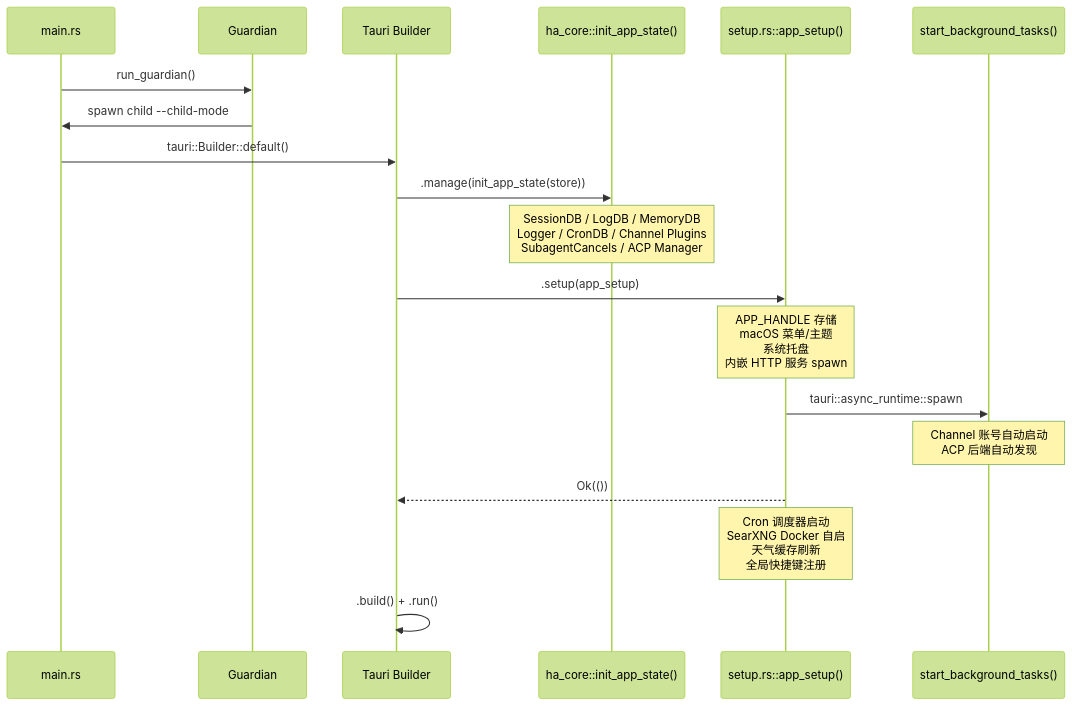
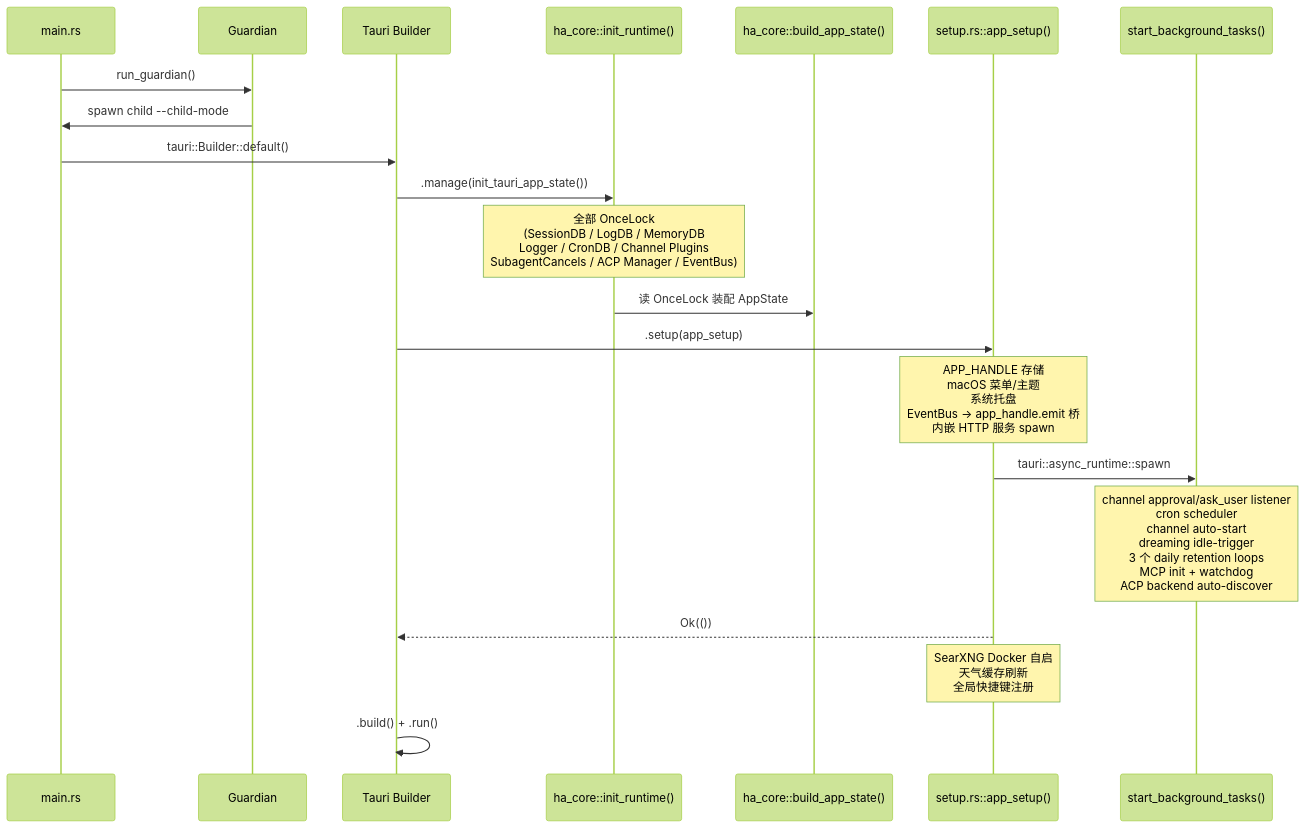
Before and after one commit to shiwenwen/hope-agent: the fifth of 9 diagrams in docs/architecture/backend-separation.md, drawn with Mermaid (forest theme). The commit also changed other lines of this file and 2 other files, not shown here.

First line of the commit message:
docs: align process-model + backend-separation with new init split

````diff
--- a/docs/architecture/backend-separation.md
+++ b/docs/architecture/backend-separation.md
@@ -286,22 +290,24 @@
 ```mermaid
 sequenceDiagram
     participant Main as main.rs
     participant Guard as Guardian
     participant Tauri as Tauri Builder
-    participant Init as ha_core::init_app_state()
+    participant Init as ha_core::init_runtime()
+    participant Build as ha_core::build_app_state()
     participant Setup as setup.rs::app_setup()
     participant BG as start_background_tasks()
 
     Main->>Guard: run_guardian()
     Guard->>Main: spawn child --child-mode
     Main->>Tauri: tauri::Builder::default()
-    Tauri->>Init: .manage(init_app_state(store))
-    Note over Init: SessionDB / LogDB / MemoryDB<br/>Logger / CronDB / Channel Plugins<br/>SubagentCancels / ACP Manager
+    Tauri->>Init: .manage(init_tauri_app_state())
+    Note over Init: 全部 OnceLock<br/>(SessionDB / LogDB / MemoryDB<br/>Logger / CronDB / Channel Plugins<br/>SubagentCancels / ACP Manager / EventBus)
+    Init->>Build: 读 OnceLock 装配 AppState
     Tauri->>Setup: .setup(app_setup)
-    Note over Setup: APP_HANDLE 存储<br/>macOS 菜单/主题<br/>系统托盘<br/>内嵌 HTTP 服务 spawn
+    Note over Setup: APP_HANDLE 存储<br/>macOS 菜单/主题<br/>系统托盘<br/>EventBus → app_handle.emit 桥<br/>内嵌 HTTP 服务 spawn
     Setup->>BG: tauri::async_runtime::spawn
-    Note over BG: Channel 账号自动启动<br/>ACP 后端自动发现
+    Note over BG: channel approval/ask_user listener<br/>cron scheduler<br/>channel auto-start<br/>dreaming idle-trigger<br/>3 个 daily retention loops<br/>MCP init + watchdog<br/>ACP backend auto-discover
     Setup-->>Tauri: Ok(())
-    Note over Setup: Cron 调度器启动<br/>SearXNG Docker 自启<br/>天气缓存刷新<br/>全局快捷键注册
+    Note over Setup: SearXNG Docker 自启<br/>天气缓存刷新<br/>全局快捷键注册
     Tauri->>Tauri: .build() + .run()
 ```
````
